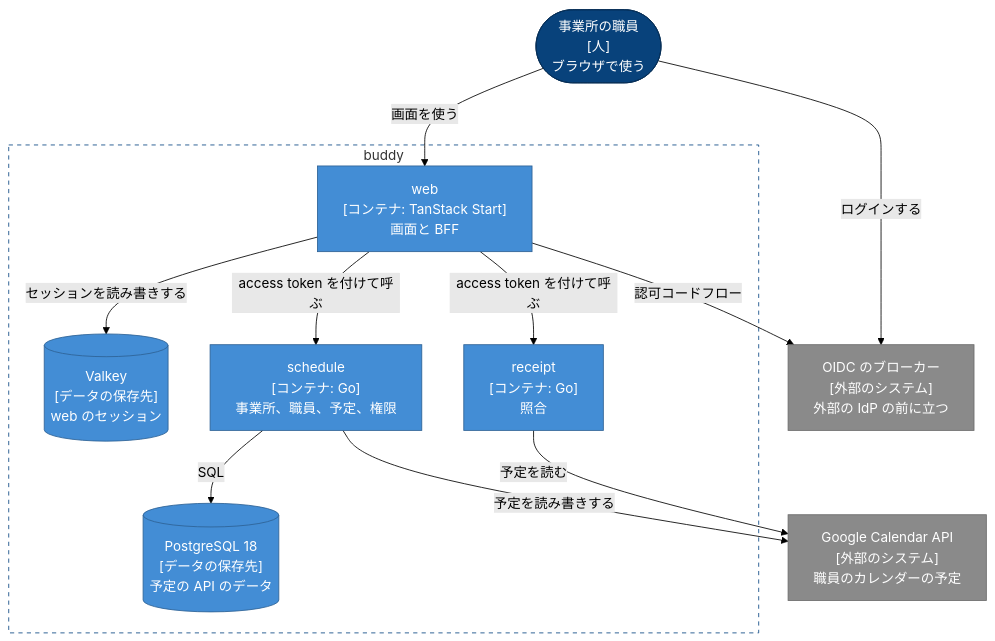
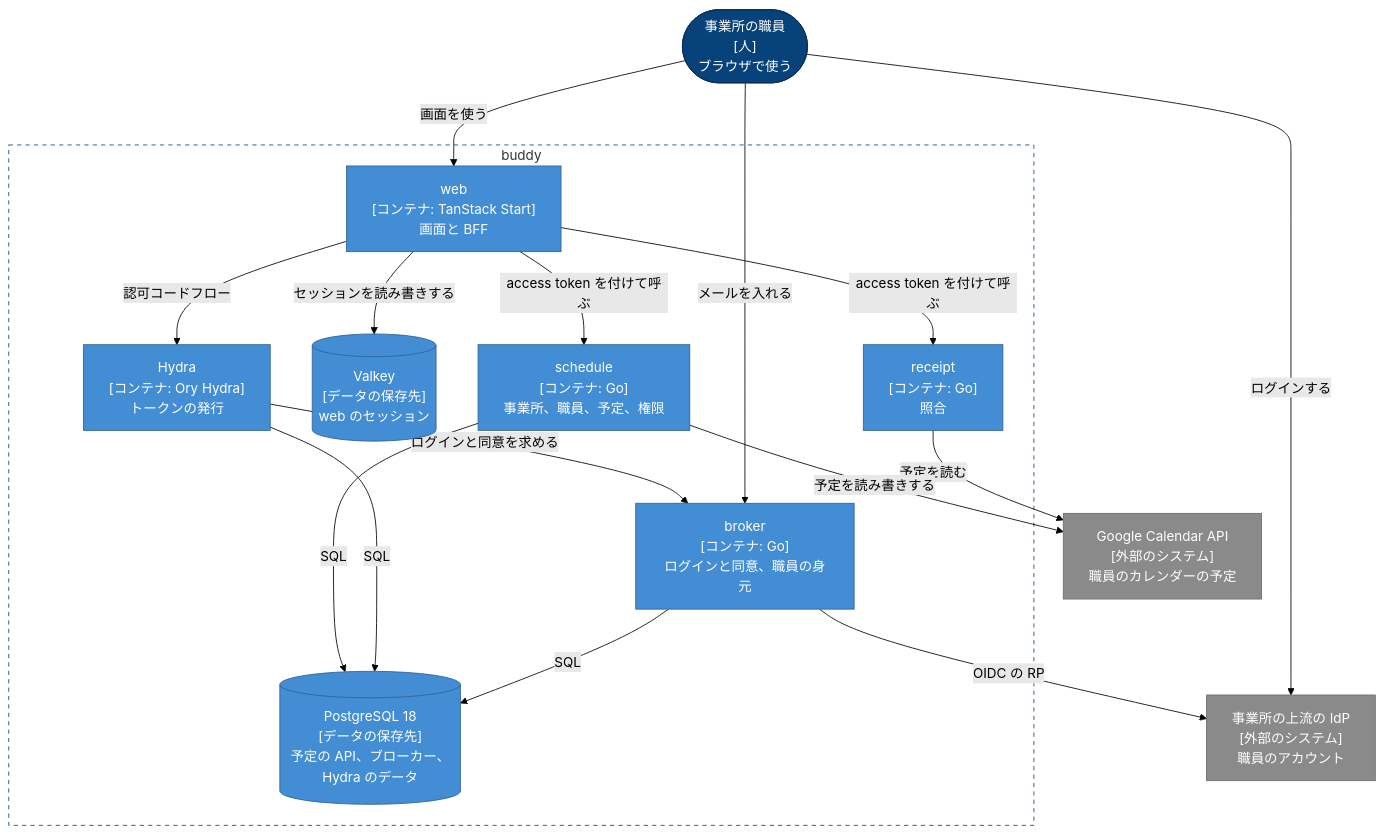
Before and after one commit to Fukuemon/buddy: the diagram in docs/design/DesignDoc.md, drawn with Mermaid (forest theme). The commit also changed other lines of this file and 14 other files, not shown here.

````diff
--- a/docs/design/DesignDoc.md
+++ b/docs/design/DesignDoc.md
@@ -47,29 +47,36 @@
 ```mermaid
 flowchart TB
   staff(["事業所の職員<br/>[人]<br/>ブラウザで使う"])
-  broker["OIDC のブローカー<br/>[外部のシステム]<br/>外部の IdP の前に立つ"]
+  upstream["事業所の上流の IdP<br/>[外部のシステム]<br/>職員のアカウント"]
   subgraph buddy["buddy"]
+    hydra["Hydra<br/>[コンテナ: Ory Hydra]<br/>トークンの発行"]
+    broker["broker<br/>[コンテナ: Go]<br/>ログインと同意、職員の身元"]
     web["web<br/>[コンテナ: TanStack Start]<br/>画面と BFF"]
     valkey[("Valkey<br/>[データの保存先]<br/>web のセッション")]
     schedule["schedule<br/>[コンテナ: Go]<br/>事業所、職員、予定、権限"]
     receipt["receipt<br/>[コンテナ: Go]<br/>照合"]
-    postgres[("PostgreSQL 18<br/>[データの保存先]<br/>予定の API のデータ")]
+    postgres[("PostgreSQL 18<br/>[データの保存先]<br/>予定の API、ブローカー、Hydra のデータ")]
   end
   gcal["Google Calendar API<br/>[外部のシステム]<br/>職員のカレンダーの予定"]
   staff -- "画面を使う" --> web
-  staff -- "ログインする" --> broker
-  web -- "認可コードフロー" --> broker
+  staff -- "メールを入れる" --> broker
+  staff -- "ログインする" --> upstream
+  web -- "認可コードフロー" --> hydra
+  hydra -- "ログインと同意を求める" --> broker
+  broker -- "OIDC の RP" --> upstream
+  broker -- "SQL" --> postgres
+  hydra -- "SQL" --> postgres
   web -- "セッションを読み書きする" --> valkey
   web -- "access token を付けて呼ぶ" --> schedule
   web -- "access token を付けて呼ぶ" --> receipt
   schedule -- "SQL" --> postgres
   receipt -- "予定を読む" --> gcal
   schedule -- "予定を読み書きする" --> gcal
   classDef person fill:#08427b,stroke:#052e56,color:#fff
   classDef container fill:#438dd5,stroke:#2e6295,color:#fff
   classDef external fill:#8a8a8a,stroke:#6b6b6b,color:#fff
   class staff person
-  class web,valkey,schedule,receipt,postgres container
-  class broker,gcal external
+  class hydra,broker,web,valkey,schedule,receipt,postgres container
+  class upstream,gcal external
   style buddy fill:none,stroke:#0b4884,stroke-dasharray:5 5
 ```
````
